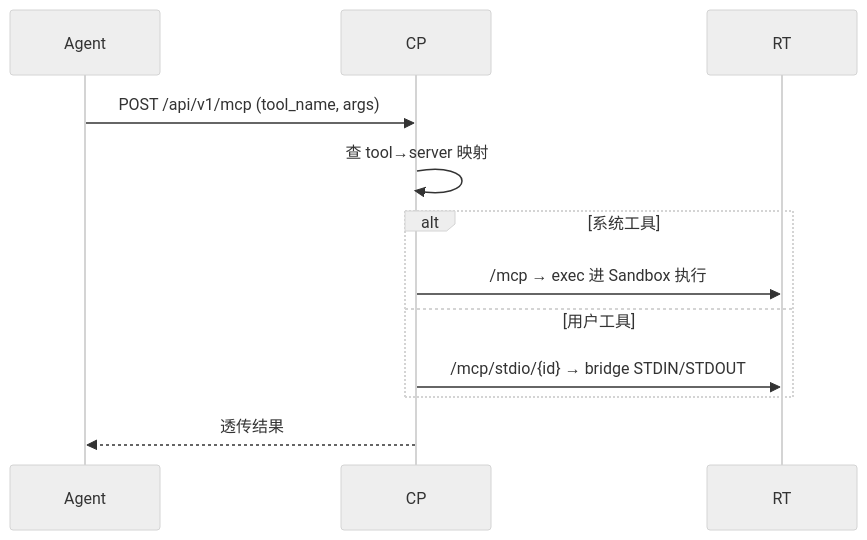
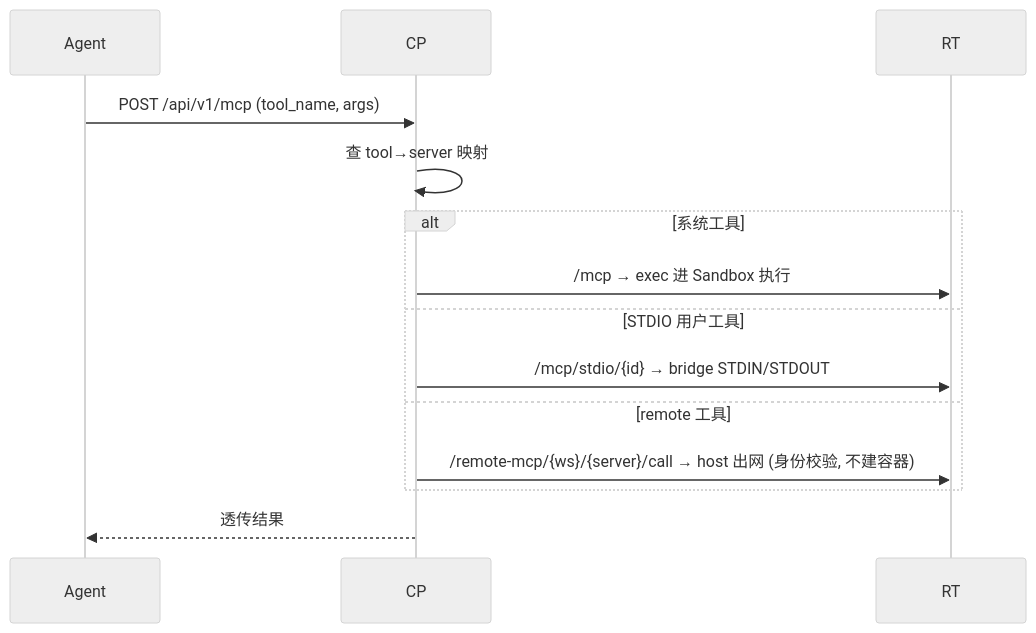
The third of 3 diagrams in docs/i18n/zh-Hans/DEV-016-mcp-architecture.md (cc01cc/xihe-project), drawn with Mermaid before and after one commit. The commit also changed other lines of this file and 6 other files, not shown here.

````diff
--- a/docs/i18n/zh-Hans/DEV-016-mcp-architecture.md
+++ b/docs/i18n/zh-Hans/DEV-016-mcp-architecture.md
@@ -72,12 +73,14 @@
 ```mermaid
 %%{init: {'theme': 'neutral'}}%%
 sequenceDiagram
   Agent->>CP: POST /api/v1/mcp (tool_name, args)
   CP->>CP: 查 tool→server 映射
   alt 系统工具
     CP->>RT: /mcp → exec 进 Sandbox 执行
-  else 用户工具
+  else STDIO 用户工具
     CP->>RT: /mcp/stdio/{id} → bridge STDIN/STDOUT
+  else remote 工具
+    CP->>RT: /remote-mcp/{ws}/{server}/call → host 出网 (身份校验, 不建容器)
   end
   CP-->>Agent: 透传结果
 ```
````
